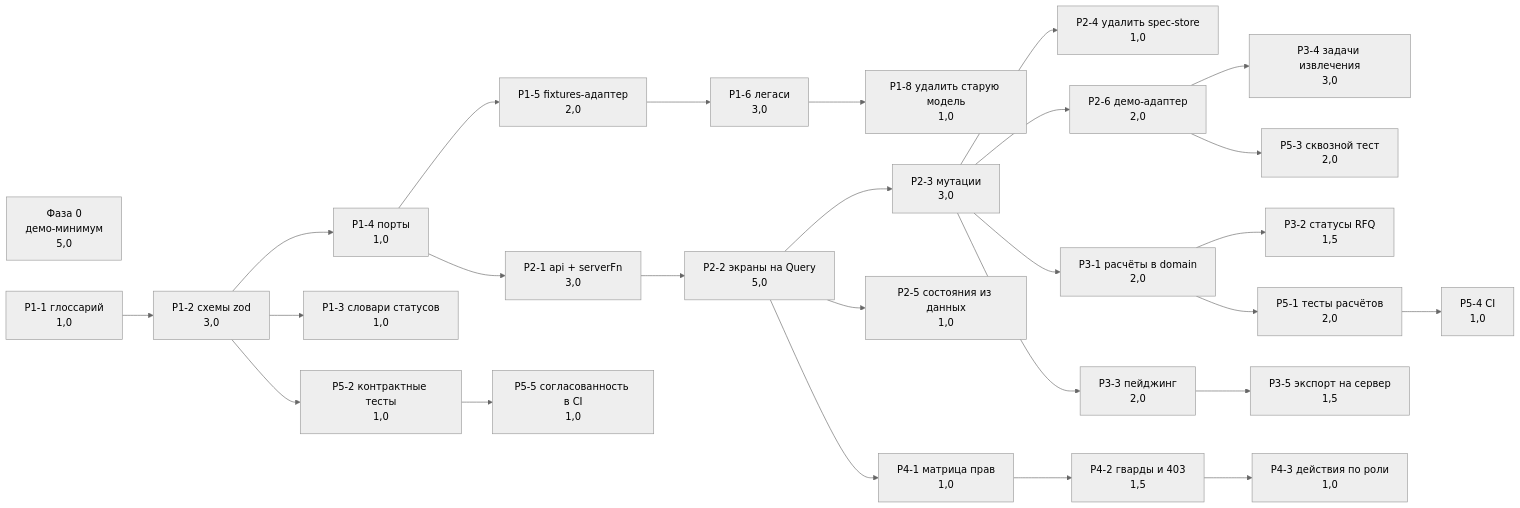
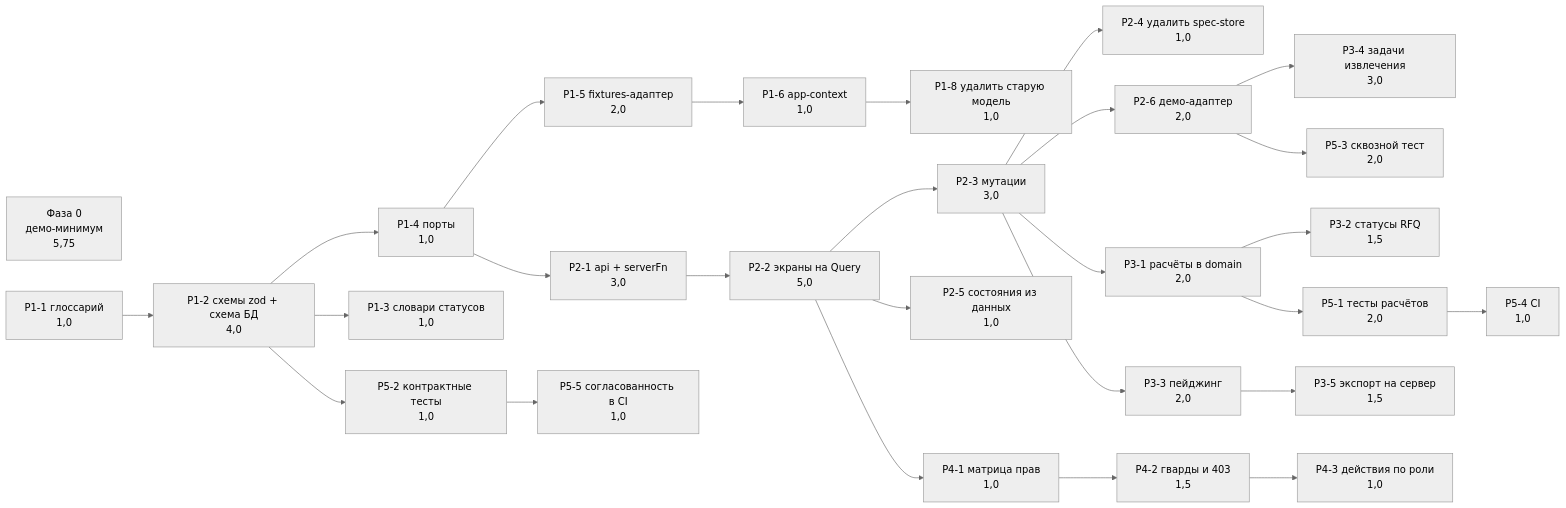
The diagram in TASKS.md (Neeklo1606/facade-ai-flow), drawn with Mermaid (neutral theme) before and after one commit. The commit also changed other lines of this file and 4 other files, not shown here.

````diff
--- a/TASKS.md
+++ b/TASKS.md
@@ -26,21 +29,21 @@
 ```mermaid
 flowchart LR
-  P0["Фаза 0\nдемо-минимум\n5,0"]
-  P11["P1-1 глоссарий\n1,0"] --> P12["P1-2 схемы zod\n3,0"] --> P14["P1-4 порты\n1,0"]
+  P0["Фаза 0\nдемо-минимум\n5,75"]
+  P11["P1-1 глоссарий\n1,0"] --> P12["P1-2 схемы zod + схема БД\n4,0"] --> P14["P1-4 порты\n1,0"]
   P12 --> P13["P1-3 словари статусов\n1,0"]
-  P14 --> P15["P1-5 fixtures-адаптер\n2,0"] --> P16["P1-6 легаси\n3,0"] --> P18["P1-8 удалить старую модель\n1,0"]
+  P14 --> P15["P1-5 fixtures-адаптер\n2,0"] --> P16["P1-6 app-context\n1,0"] --> P18["P1-8 удалить старую модель\n1,0"]
   P14 --> P21["P2-1 api + serverFn\n3,0"] --> P22["P2-2 экраны на Query\n5,0"] --> P23["P2-3 мутации\n3,0"]
   P23 --> P24["P2-4 удалить spec-store\n1,0"]
   P22 --> P25["P2-5 состояния из данных\n1,0"]
   P23 --> P26["P2-6 демо-адаптер\n2,0"]
   P23 --> P31["P3-1 расчёты в domain\n2,0"] --> P32["P3-2 статусы RFQ\n1,5"]
   P23 --> P33["P3-3 пейджинг\n2,0"]
   P26 --> P34["P3-4 задачи извлечения\n3,0"]
   P33 --> P35["P3-5 экспорт на сервер\n1,5"]
   P22 --> P41["P4-1 матрица прав\n1,0"] --> P42["P4-2 гварды и 403\n1,5"] --> P43["P4-3 действия по роли\n1,0"]
   P31 --> P51["P5-1 тесты расчётов\n2,0"]
   P12 --> P52["P5-2 контрактные тесты\n1,0"]
   P26 --> P53["P5-3 сквозной тест\n2,0"]
   P51 --> P54["P5-4 CI\n1,0"]
   P52 --> P55["P5-5 согласованность в CI\n1,0"]
 ```
````
